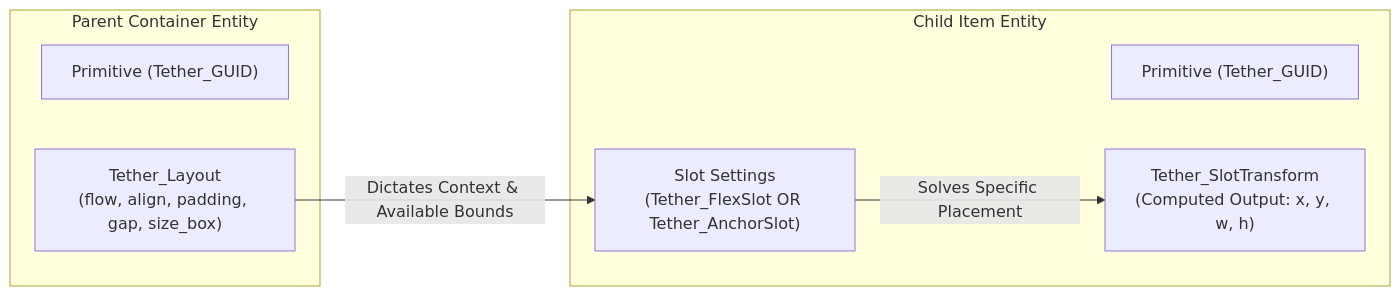
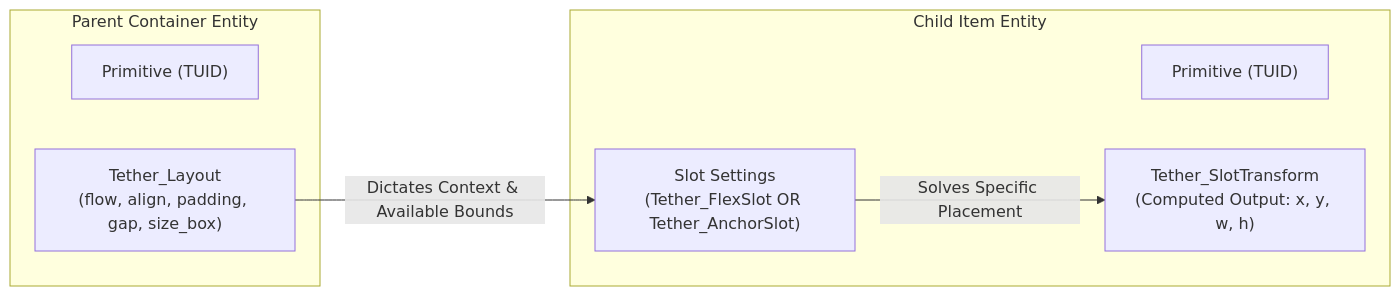
The first of 4 diagrams in docs/technical/06_vinyasa_layout.md (Yuvi-GD/Tether), drawn with Mermaid before and after one commit. The commit also changed other lines of this file and 84 other files, not shown here.

Commit message:
refactor(core): rename Tether_GUID to TUID across codebase and documentation

````diff
--- a/docs/technical/06_vinyasa_layout.md
+++ b/docs/technical/06_vinyasa_layout.md
@@ -23,16 +23,16 @@
 ```mermaid
 flowchart LR
     subgraph ParentEntity["Parent Container Entity"]
-        P_Prim["Primitive (Tether_GUID)"]
+        P_Prim["Primitive (TUID)"]
         P_Rules["Tether_Layout\n(flow, align, padding, gap, size_box)"]
     end
 
     subgraph ChildEntity["Child Item Entity"]
-        C_Prim["Primitive (Tether_GUID)"]
+        C_Prim["Primitive (TUID)"]
         C_Slot["Slot Settings\n(Tether_FlexSlot OR Tether_AnchorSlot)"]
         C_Trans["Tether_SlotTransform\n(Computed Output: x, y, w, h)"]
     end
 
     P_Rules -->|Dictates Context & Available Bounds| C_Slot
     C_Slot -->|Solves Specific Placement| C_Trans
 ```
````
